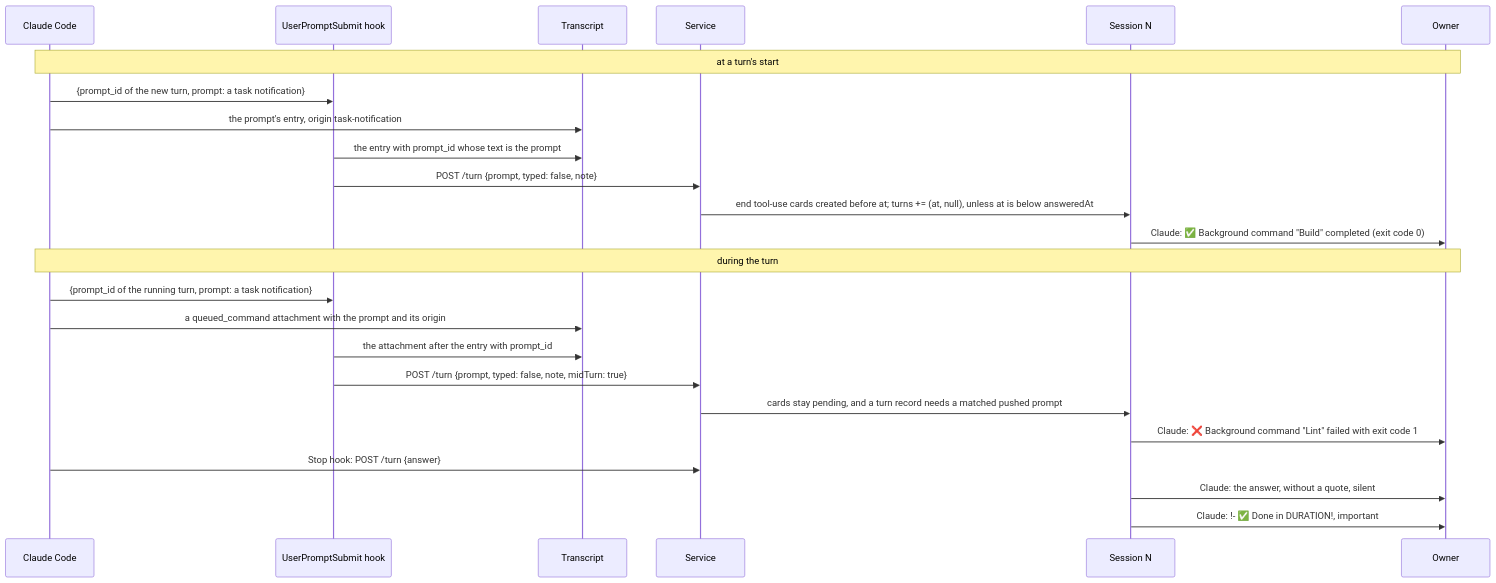
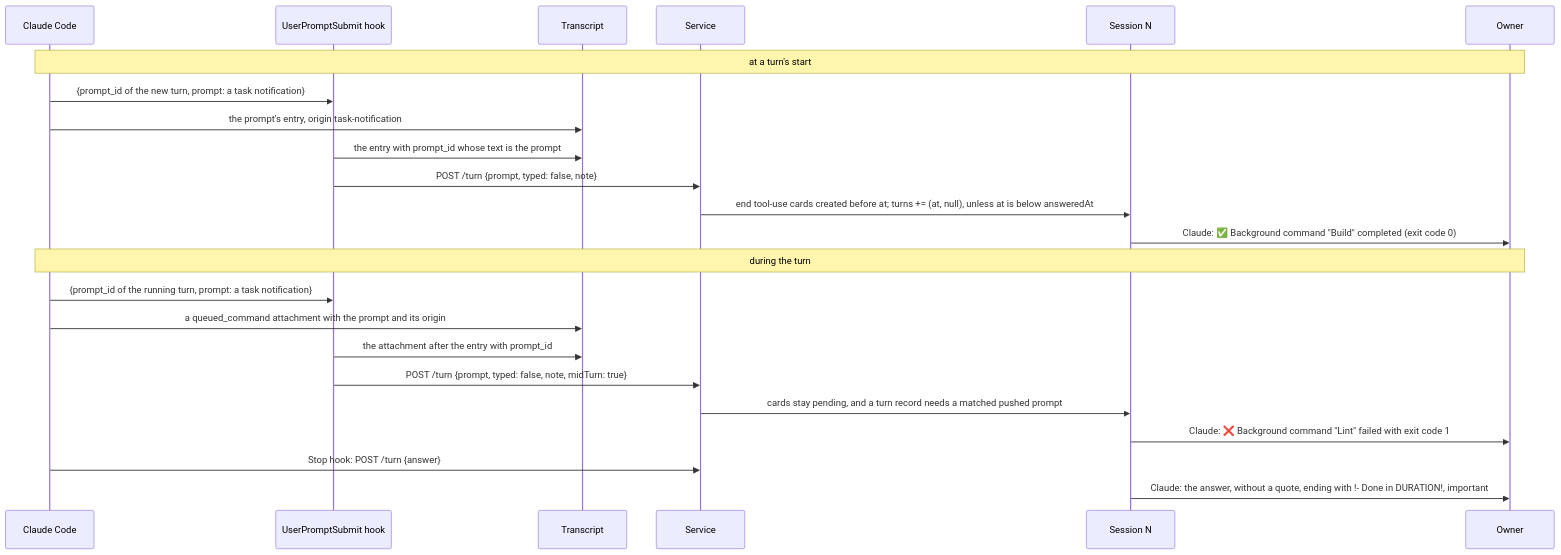
Before and after one commit to simplex-chat/simplex-chat: diagram 31 of 39 in packages/simplex-chat-mcp/spec/flows.md, drawn with Mermaid. The commit also changed other lines of this file and 21 other files, not shown here.

````diff
--- a/packages/simplex-chat-mcp/spec/flows.md
+++ b/packages/simplex-chat-mcp/spec/flows.md
@@ -1436,26 +1446,25 @@
 ```mermaid
 sequenceDiagram
   participant CC as Claude Code
   participant HK as UserPromptSubmit hook
   participant T as Transcript
   participant D as Service
   participant N as Session N
   participant O as Owner
   Note over CC,O: at a turn's start
   CC->>HK: {prompt_id of the new turn, prompt: a task notification}
   CC->>T: the prompt's entry, origin task-notification
   HK->>T: the entry with prompt_id whose text is the prompt
   HK->>D: POST /turn {prompt, typed: false, note}
   D->>N: end tool-use cards created before at#59; turns += (at, null), unless at is below answeredAt
   N->>O: Claude: ✅ Background command "Build" completed (exit code 0)
   Note over CC,O: during the turn
   CC->>HK: {prompt_id of the running turn, prompt: a task notification}
   CC->>T: a queued_command attachment with the prompt and its origin
   HK->>T: the attachment after the entry with prompt_id
   HK->>D: POST /turn {prompt, typed: false, note, midTurn: true}
   D->>N: cards stay pending, and a turn record needs a matched pushed prompt
   N->>O: Claude: ❌ Background command "Lint" failed with exit code 1
   CC->>D: Stop hook: POST /turn {answer}
-  N->>O: Claude: the answer, without a quote, silent
-  N->>O: Claude: !- ✅ Done in DURATION!, important
+  N->>O: Claude: the answer, without a quote, ending with !- Done in DURATION!, important
 ```
````
